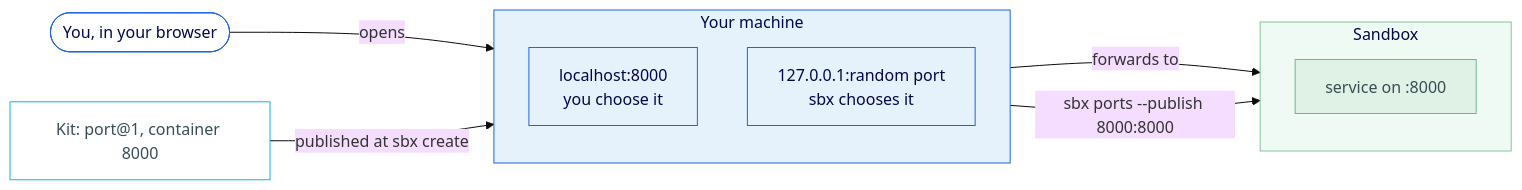
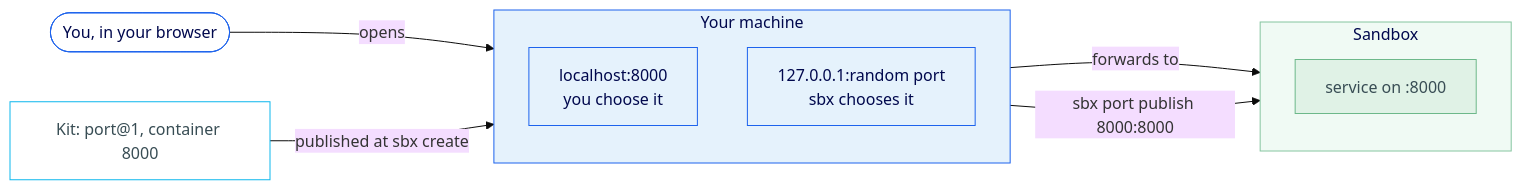
One commit to ajeetraina/sbx-lab changed the second of 2 diagrams in instructions/09-port-forwarding.md. Above: the diagram before and after it, drawn with Mermaid (base theme). The commit also changed other lines of this file and 18 other files, not shown here.

````diff
--- a/instructions/09-port-forwarding.md
+++ b/instructions/09-port-forwarding.md
@@ -117,39 +122,39 @@
 ```mermaid
 graph LR
     You(["You, in your browser"])
 
     subgraph Host["Your machine"]
         direction TB
         Pinned["localhost:8000<br/>you choose it"]
         Ephemeral["127.0.0.1:random port<br/>sbx chooses it"]
     end
 
     subgraph Sandbox["Sandbox"]
         direction TB
         Service["service on :8000"]
     end
 
     Kit["Kit: port@1, container 8000"]
 
     You -->|opens| Ephemeral
     Kit -->|"published at sbx create"| Ephemeral
     Ephemeral -->|forwards to| Service
-    Pinned -->|"sbx ports --publish 8000:8000"| Service
+    Pinned -->|"sbx port publish 8000:8000"| Service
 
     %% Styles — containers
     style Host fill:#E5F2FC,stroke:#1D63ED,color:#00084D
     style Sandbox fill:#f0faf4,stroke:#86c5a0,color:#00084D
 
     %% Styles — host nodes
     style Pinned fill:#E5F2FC,stroke:#1D63ED,color:#00084D
     style Ephemeral fill:#E5F2FC,stroke:#1D63ED,color:#00084D
 
     %% Styles — kit
     style Kit fill:#fff,stroke:#0DB7ED,color:#384D54
 
     %% Styles — sandbox nodes
     style Service fill:#e0f2e6,stroke:#6db88a,color:#384D54
 
     %% Styles — actor
     style You fill:#fff,stroke:#1D63ED,color:#00084D
 ```
````
